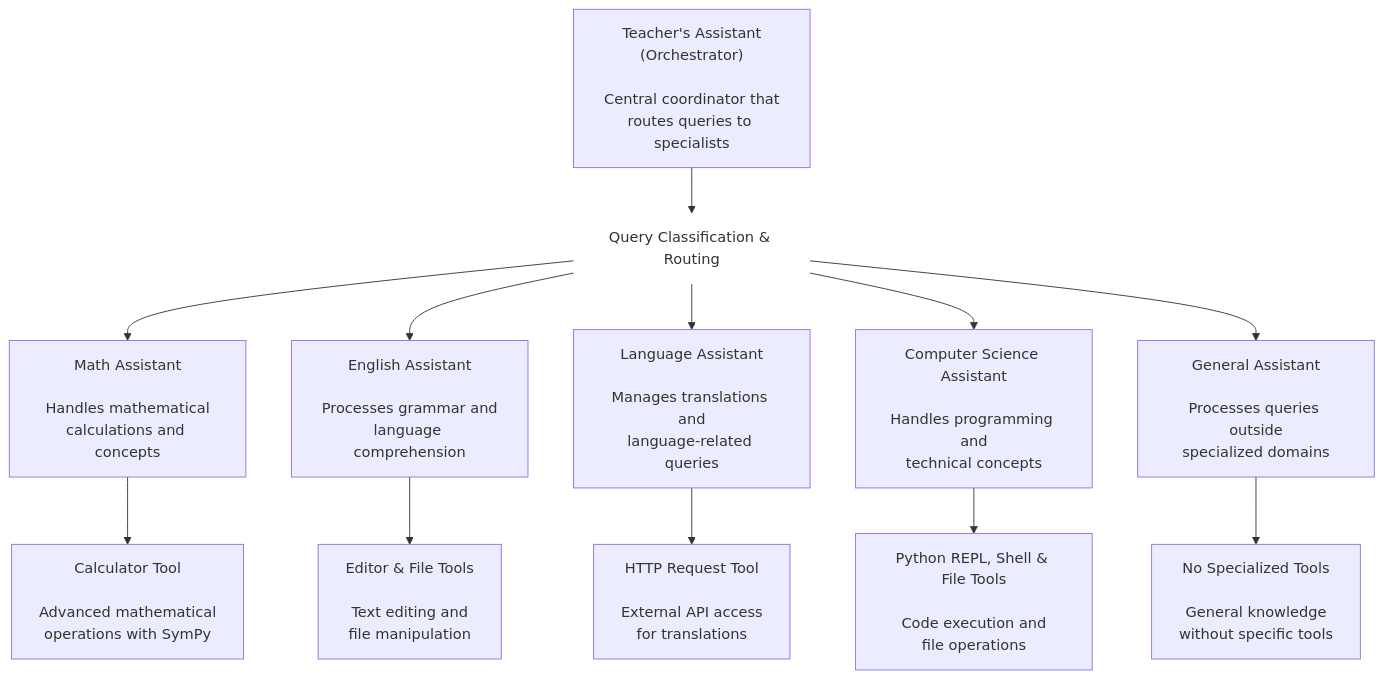
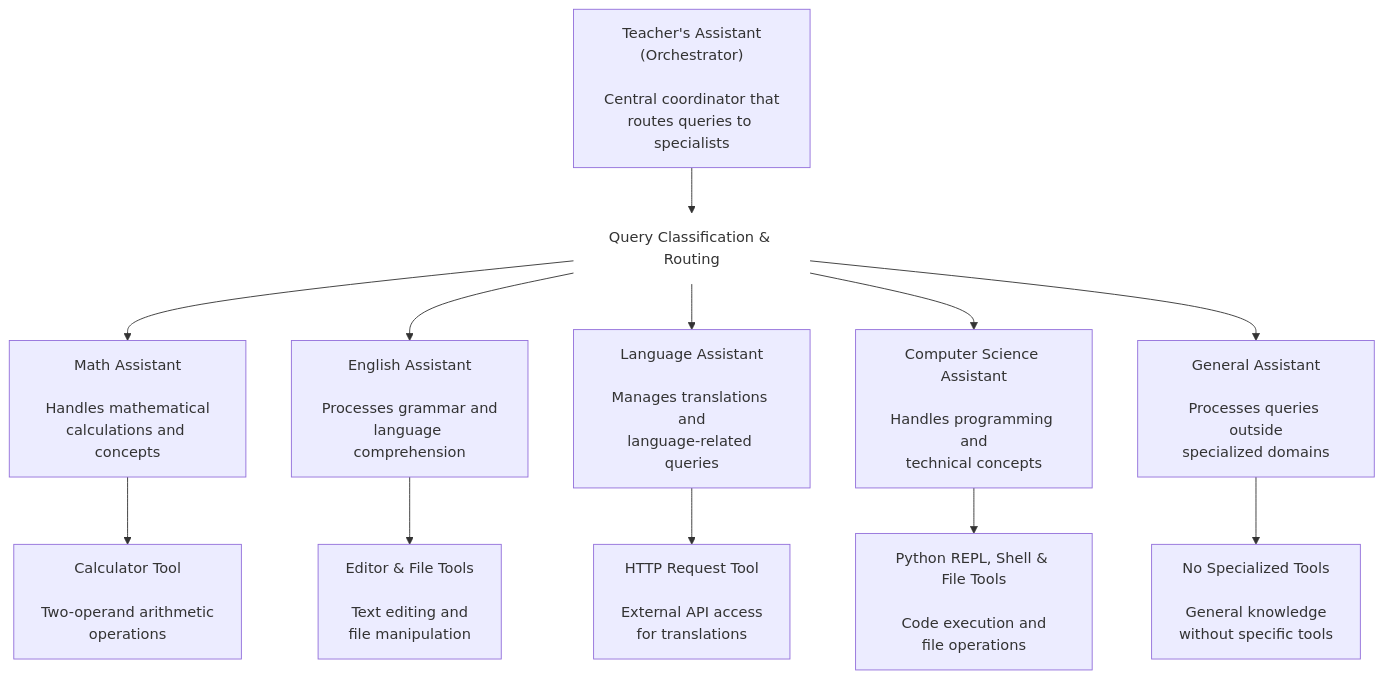
One commit to strands-agents/sdk-python changed the diagram in site/src/content/docs/examples/python/multi_agent_example/multi_agent_example.mdx. Above: the diagram before and after it, drawn with Mermaid. The commit also changed 8 other files, not shown here.

````diff
--- a/site/src/content/docs/examples/python/multi_agent_example/multi_agent_example.mdx
+++ b/site/src/content/docs/examples/python/multi_agent_example/multi_agent_example.mdx
@@ -39,21 +39,21 @@
 ```mermaid
 flowchart TD
     Orchestrator["Teacher's Assistant<br/>(Orchestrator)<br/><br/>Central coordinator that<br/>routes queries to specialists"]
     
     QueryRouting["Query Classification & Routing"]:::hidden
     
     Orchestrator --> QueryRouting
     QueryRouting --> MathAssistant["Math Assistant<br/><br/>Handles mathematical<br/>calculations and concepts"]
     QueryRouting --> EnglishAssistant["English Assistant<br/><br/>Processes grammar and<br/>language comprehension"]
     QueryRouting --> LangAssistant["Language Assistant<br/><br/>Manages translations and<br/>language-related queries"]
     QueryRouting --> CSAssistant["Computer Science Assistant<br/><br/>Handles programming and<br/>technical concepts"]
     QueryRouting --> GenAssistant["General Assistant<br/><br/>Processes queries outside<br/>specialized domains"]
     
-    MathAssistant --> CalcTool["Calculator Tool<br/><br/>Advanced mathematical<br/>operations with SymPy"]
+    MathAssistant --> CalcTool["Calculator Tool<br/><br/>Two-operand arithmetic<br/>operations"]
     EnglishAssistant --> EditorTools["Editor & File Tools<br/><br/>Text editing and<br/>file manipulation"]
     LangAssistant --> HTTPTool["HTTP Request Tool<br/><br/>External API access<br/>for translations"]
     CSAssistant --> CSTool["Python REPL, Shell & File Tools<br/><br/>Code execution and<br/>file operations"]
     GenAssistant --> NoTools["No Specialized Tools<br/><br/>General knowledge<br/>without specific tools"]
     
     classDef hidden stroke-width:0px,fill:none
 ```
````
